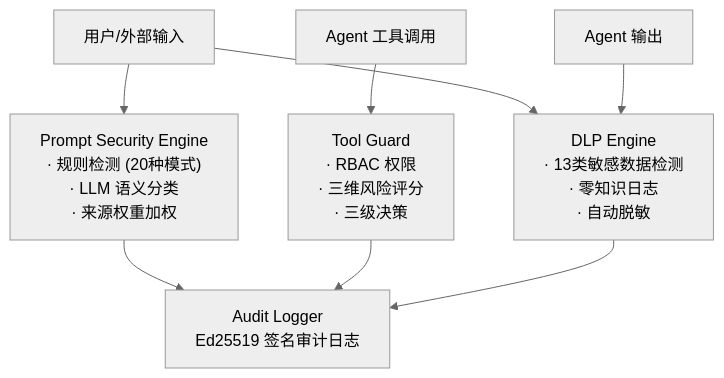
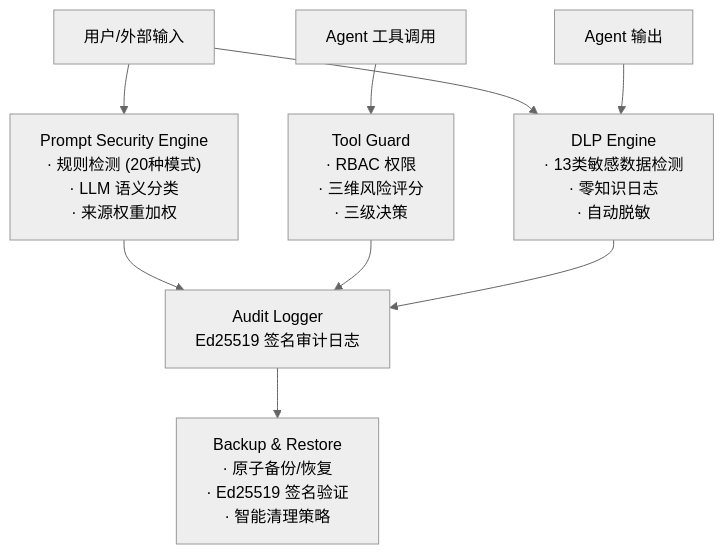
The diagram in README.md (milu-ai/openclaw360), drawn with Mermaid (neutral theme) before and after one commit. The commit also changed other lines of this file and 4 other files, not shown here.

````diff
--- a/README.md
+++ b/README.md
@@ -11,10 +13,11 @@
 ```mermaid
 graph TD
     A["用户/外部输入"] --> B["Prompt Security Engine<br/>· 规则检测 (20种模式)<br/>· LLM 语义分类<br/>· 来源权重加权"]
     A --> F["DLP Engine<br/>· 13类敏感数据检测<br/>· 零知识日志<br/>· 自动脱敏"]
     C["Agent 工具调用"] --> D["Tool Guard<br/>· RBAC 权限<br/>· 三维风险评分<br/>· 三级决策"]
     E["Agent 输出"] --> F
     B --> G["Audit Logger<br/>Ed25519 签名审计日志"]
     D --> G
     F --> G
+    G --> H["Backup & Restore<br/>· 原子备份/恢复<br/>· Ed25519 签名验证<br/>· 智能清理策略"]
 ```
````
